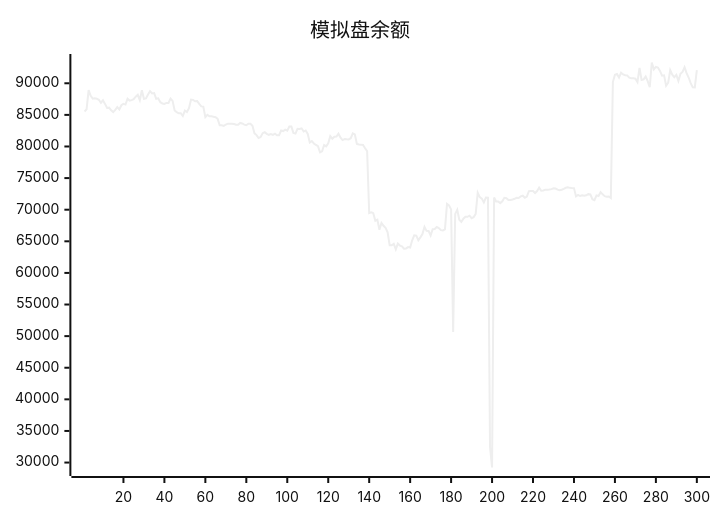
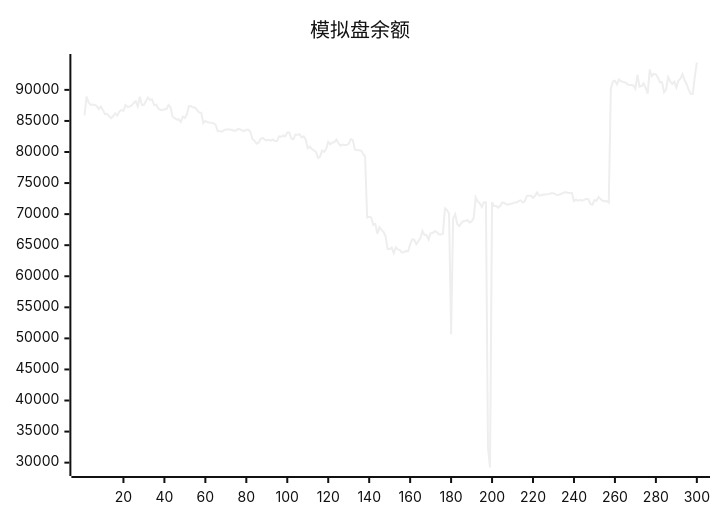
Before and after one commit to aahl/ai-trading: the diagram in README.md, drawn with Mermaid (neutral theme). The commit also changed other lines of this file and 1 other file, not shown here.

````diff
--- a/README.md
+++ b/README.md
@@ -5,5 +5,5 @@
 ```mermaid
 xychart
     title "模拟盘余额"
-    line [85538,85894,88904,88012,87567,87625,87568,87386,86920,87313,86737,86094,86143,85725,85437,85787,86219,85859,86526,86740,86630,87563,87264,87335,87483,87886,88180,87335,88894,87544,87608,88207,88755,88401,88444,87543,87608,87000,86810,86740,86894,86884,87576,87209,85686,85435,85251,85255,84820,85689,85453,86066,87420,87373,87161,87178,86740,86341,86315,84643,85012,84772,84768,84690,84635,84376,83360,83357,83259,83474,83608,83606,83602,83548,83440,83454,83724,83644,83464,83365,83590,83592,83275,82072,81806,81344,81492,82109,82254,82006,81848,81955,81829,82022,81769,81776,82522,82441,82656,82498,83144,83144,82150,82038,82797,82763,82872,82367,82536,81981,80612,80862,80484,80242,80034,79063,79245,80226,80016,80507,81625,81233,81544,81578,82016,81401,81019,81186,81130,81118,81306,82066,81909,80392,80304,80291,80258,79729,79261,69466,69579,69456,68251,68415,66832,67911,67462,67144,66432,64380,64375,64606,63740,64647,64324,64216,63842,63877,64078,64008,65156,65945,65888,65157,65625,66144,67284,66653,66639,65924,66925,66956,67263,67108,66766,66729,66886,70927,70673,70049,50652,69334,69973,68400,68061,68578,68876,68879,69055,68662,68822,69329,72687,71999,71760,71162,71911,71896,32500,29218,71927,71297,71305,71044,71337,71883,71822,71536,71536,71622,71723,71880,71860,72100,72216,71887,72077,72940,72976,72966,72638,72948,73497,73004,73041,73173,73160,73186,73258,73375,73351,73173,73098,73161,73305,73474,73536,73457,73413,73412,72100,72333,72164,72272,72204,72285,72461,72421,71652,71521,72267,72157,72774,72424,72144,72060,72091,71858,90185,91338,91466,90900,91678,91404,91268,91244,90903,90779,90787,90721,90187,92429,90518,90619,91070,90328,89376,93286,92202,92581,92485,91947,91196,91259,89619,90086,92063,91355,90950,91327,90373,91498,91800,92531,91603,90910,90031,89351,89334,92097]
+    line [85894,88904,88012,87567,87625,87568,87386,86920,87313,86737,86094,86143,85725,85437,85787,86219,85859,86526,86740,86630,87563,87264,87335,87483,87886,88180,87335,88894,87544,87608,88207,88755,88401,88444,87543,87608,87000,86810,86740,86894,86884,87576,87209,85686,85435,85251,85255,84820,85689,85453,86066,87420,87373,87161,87178,86740,86341,86315,84643,85012,84772,84768,84690,84635,84376,83360,83357,83259,83474,83608,83606,83602,83548,83440,83454,83724,83644,83464,83365,83590,83592,83275,82072,81806,81344,81492,82109,82254,82006,81848,81955,81829,82022,81769,81776,82522,82441,82656,82498,83144,83144,82150,82038,82797,82763,82872,82367,82536,81981,80612,80862,80484,80242,80034,79063,79245,80226,80016,80507,81625,81233,81544,81578,82016,81401,81019,81186,81130,81118,81306,82066,81909,80392,80304,80291,80258,79729,79261,69466,69579,69456,68251,68415,66832,67911,67462,67144,66432,64380,64375,64606,63740,64647,64324,64216,63842,63877,64078,64008,65156,65945,65888,65157,65625,66144,67284,66653,66639,65924,66925,66956,67263,67108,66766,66729,66886,70927,70673,70049,50652,69334,69973,68400,68061,68578,68876,68879,69055,68662,68822,69329,72687,71999,71760,71162,71911,71896,32500,29218,71927,71297,71305,71044,71337,71883,71822,71536,71536,71622,71723,71880,71860,72100,72216,71887,72077,72940,72976,72966,72638,72948,73497,73004,73041,73173,73160,73186,73258,73375,73351,73173,73098,73161,73305,73474,73536,73457,73413,73412,72100,72333,72164,72272,72204,72285,72461,72421,71652,71521,72267,72157,72774,72424,72144,72060,72091,71858,90185,91338,91466,90900,91678,91404,91268,91244,90903,90779,90787,90721,90187,92429,90518,90619,91070,90328,89376,93286,92202,92581,92485,91947,91196,91259,89619,90086,92063,91355,90950,91327,90373,91498,91800,92531,91603,90910,90031,89351,89334,92097,94406]
 ```
````
